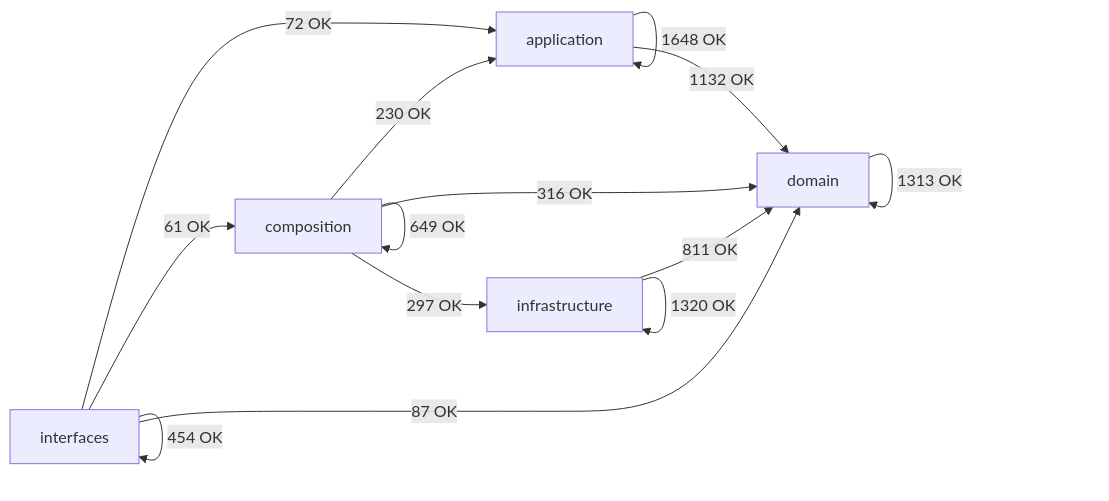
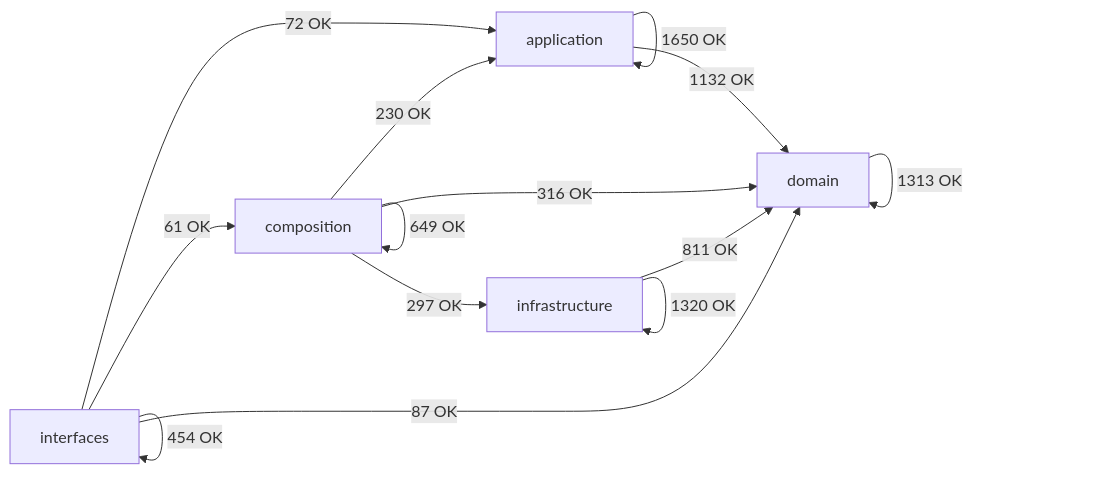
The diagram in docs/02-architecture/generated/module-dependency-map.md (SatoryKono/BioactivityDataAcquisition), drawn with Mermaid before and after one commit. The commit also changed other lines of this file and 212 other files, not shown here.

````diff
--- a/docs/02-architecture/generated/module-dependency-map.md
+++ b/docs/02-architecture/generated/module-dependency-map.md
@@ -17,21 +17,21 @@
 ```mermaid
 flowchart LR
     domain[domain]
     application[application]
     infrastructure[infrastructure]
     composition[composition]
     interfaces[interfaces]
-    application -->|1648 OK| application
+    application -->|1650 OK| application
     application -->|1132 OK| domain
     composition -->|230 OK| application
     composition -->|649 OK| composition
     composition -->|316 OK| domain
     composition -->|297 OK| infrastructure
     domain -->|1313 OK| domain
     infrastructure -->|811 OK| domain
     infrastructure -->|1320 OK| infrastructure
     interfaces -->|72 OK| application
     interfaces -->|61 OK| composition
     interfaces -->|87 OK| domain
     interfaces -->|454 OK| interfaces
 ```
````
